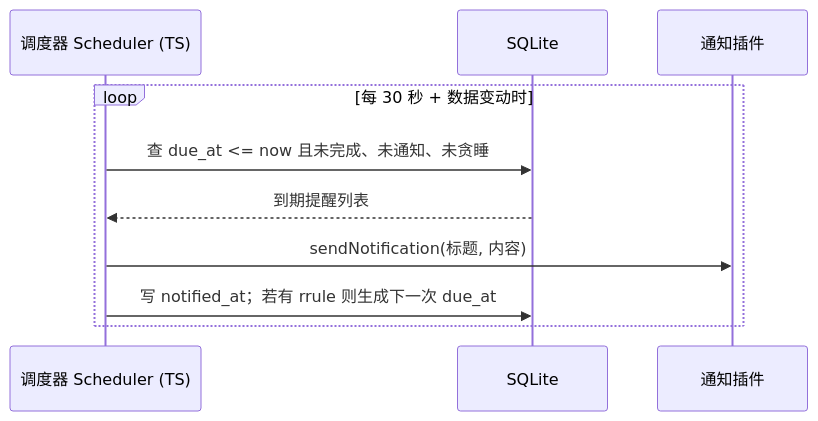
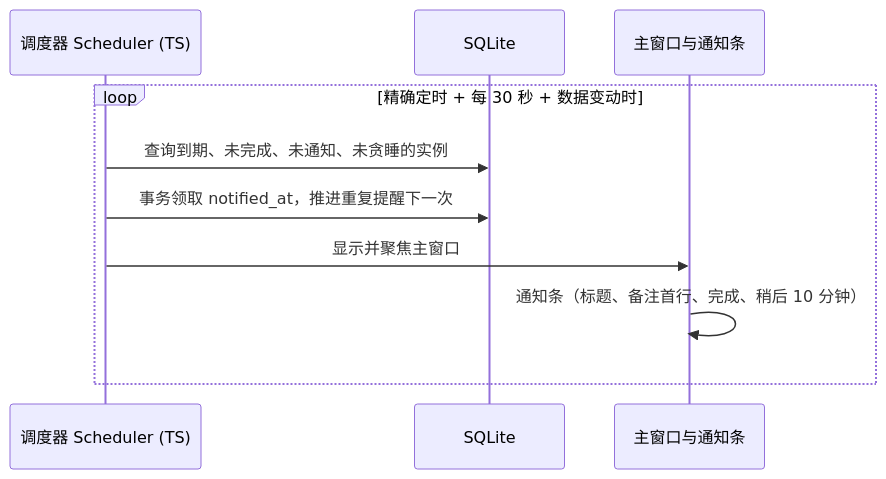
One commit to roycelee597/WorkBench changed the second of 2 diagrams in ARCHITECTURE.md. Above: the diagram before and after it, drawn with Mermaid. The commit also changed other lines of this file and 51 other files, not shown here.

````diff
--- a/ARCHITECTURE.md
+++ b/ARCHITECTURE.md
@@ -326,12 +327,12 @@
 ```mermaid
 sequenceDiagram
     participant S as 调度器 Scheduler (TS)
     participant DB as SQLite
-    participant N as 通知插件
-    loop 每 30 秒 + 数据变动时
-        S->>DB: 查 due_at <= now 且未完成、未通知、未贪睡
-        DB-->>S: 到期提醒列表
-        S->>N: sendNotification(标题, 内容)
-        S->>DB: 写 notified_at；若有 rrule 则生成下一次 due_at
+    participant W as 主窗口与通知条
+    loop 精确定时 + 每 30 秒 + 数据变动时
+        S->>DB: 查询到期、未完成、未通知、未贪睡的实例
+        S->>DB: 事务领取 notified_at，推进重复提醒下一次
+        S->>W: 显示并聚焦主窗口
+        W->>W: 通知条（标题、备注首行、完成、稍后 10 分钟）
     end
 ```
````
